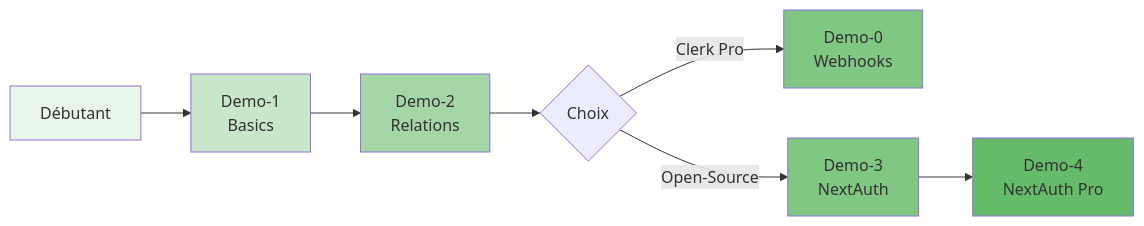
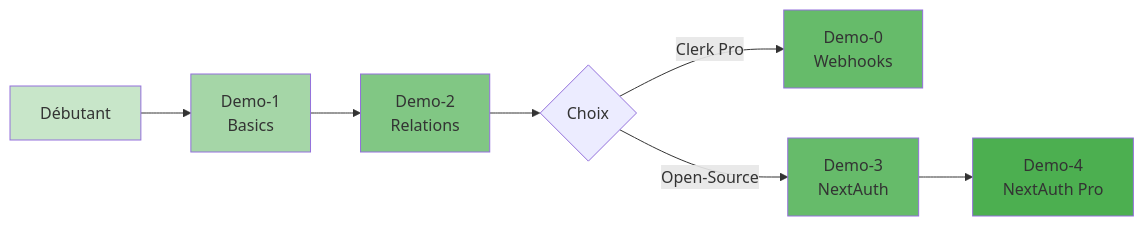
One commit to inskillflow/auths-1-NEXTJS-introduction changed diagram 31 of 39 in 02-DIAGRAMMES_ARCHITECTURES.md. Above: the diagram before and after it, drawn with Mermaid. The commit also changed other lines of this file, not shown here.

````diff
--- a/02-DIAGRAMMES_ARCHITECTURES.md
+++ b/02-DIAGRAMMES_ARCHITECTURES.md
@@ -1012,18 +1012,18 @@
 ```mermaid
 graph LR
     START[Débutant] --> D1[Demo-1<br/>Basics]
     D1 --> D2[Demo-2<br/>Relations]
     D2 --> CHOICE{Choix}
     
     CHOICE -->|Clerk Pro| D0[Demo-0<br/>Webhooks]
     CHOICE -->|Open-Source| D3[Demo-3<br/>NextAuth]
     
     D3 --> D4[Demo-4<br/>NextAuth Pro]
     
-    style START fill:#e8f5e9
-    style D1 fill:#c8e6c9
-    style D2 fill:#a5d6a7
-    style D0 fill:#81c784
-    style D3 fill:#81c784
-    style D4 fill:#66bb6a
+    style START fill:#c8e6c9
+    style D1 fill:#a5d6a7
+    style D2 fill:#81c784
+    style D0 fill:#66bb6a
+    style D3 fill:#66bb6a
+    style D4 fill:#4caf50
 ```
````
